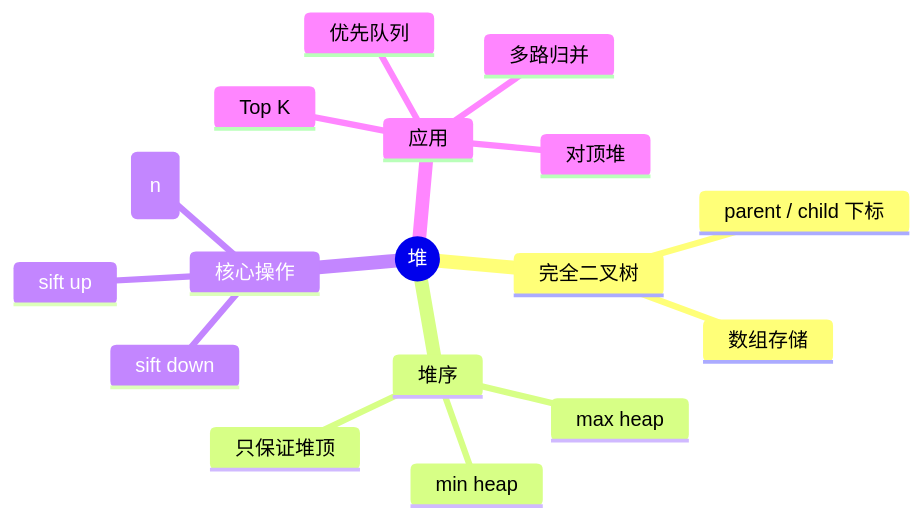
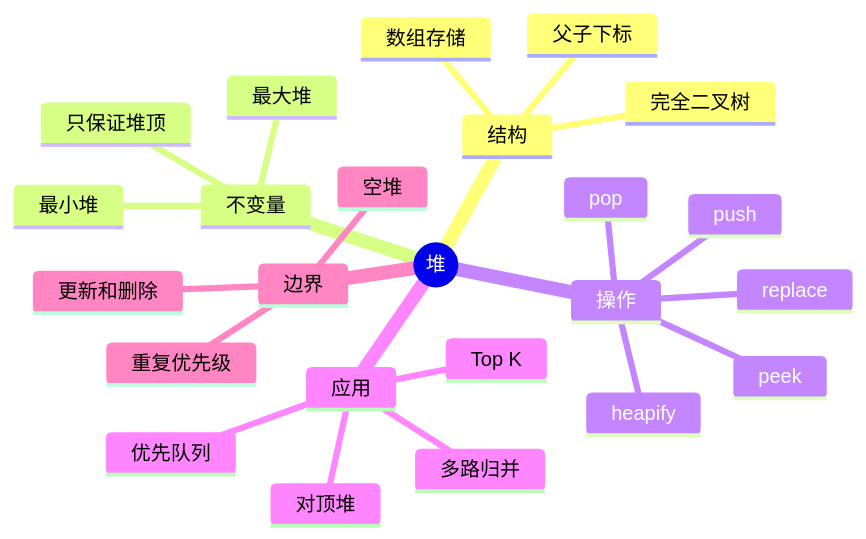
One commit to ranxi2001/zero2Leetcode changed the diagram in 01_data_structures/06-heap/index.md. Above: the diagram before and after it, drawn with Mermaid. The commit also changed other lines of this file and 38 other files, not shown here.

````diff
--- a/01_data_structures/06-heap/index.md
+++ b/01_data_structures/06-heap/index.md
@@ -12,20 +21,27 @@
 ```mermaid
 mindmap
   root((堆))
-    完全二叉树
+    结构
+      完全二叉树
       数组存储
-      parent / child 下标
-    堆序
-      min heap
-      max heap
+      父子下标
+    不变量
+      最小堆
+      最大堆
       只保证堆顶
-    核心操作
-      sift up
-      sift down
-      heapify O(n)
+    操作
+      peek
+      push
+      pop
+      heapify
+      replace
     应用
       优先队列
       Top K
       多路归并
       对顶堆
+    边界
+      空堆
+      重复优先级
+      更新和删除
 ```
````
